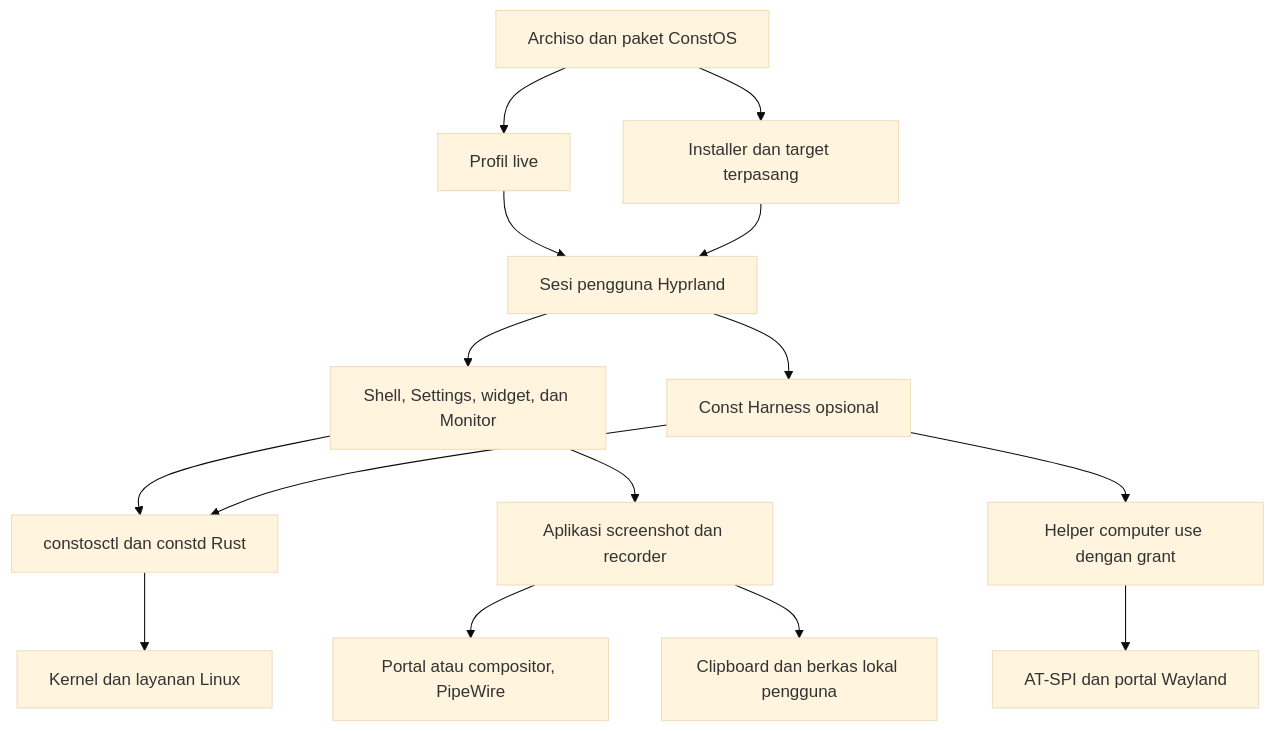
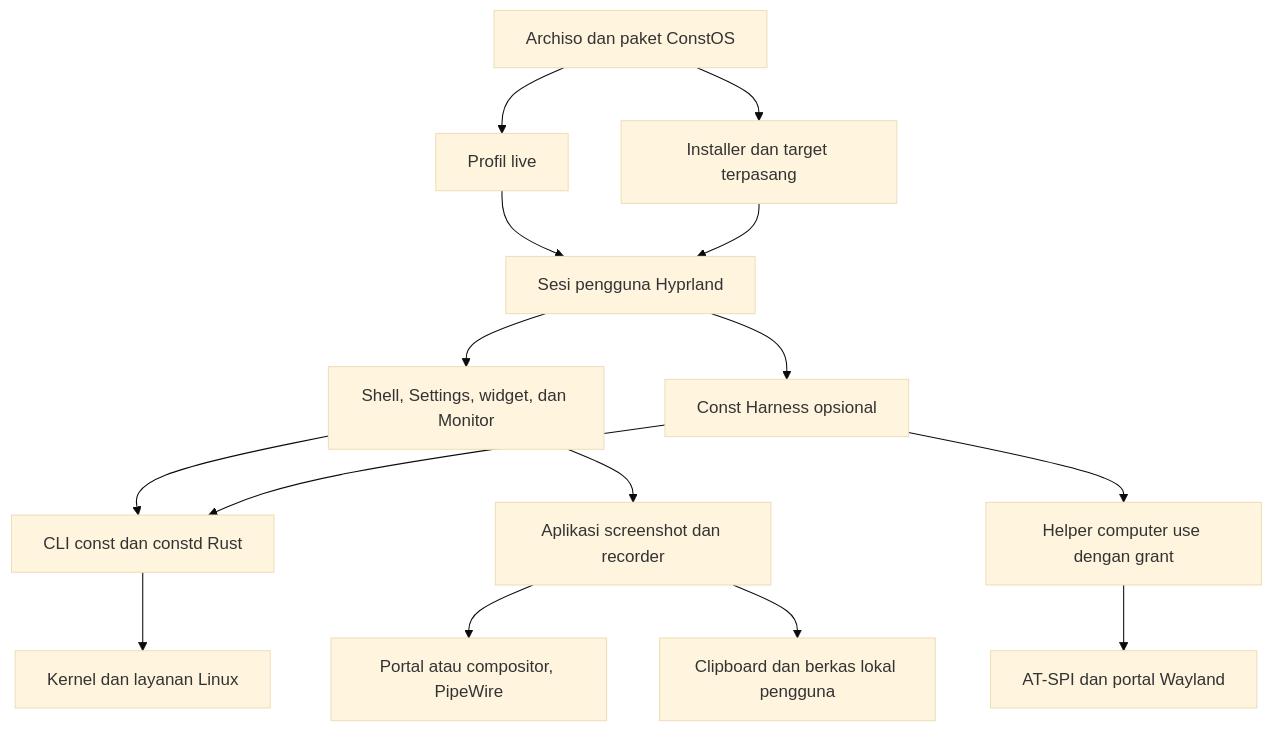
Before and after one commit to alifconstantine/const-os: the diagram in docs/architecture.md, drawn with Mermaid (base theme). The commit also changed other lines of this file and 15 other files, not shown here.

````diff
--- a/docs/architecture.md
+++ b/docs/architecture.md
@@ -23,17 +23,17 @@
 ```mermaid
 flowchart TD
     BUILD["Archiso dan paket ConstOS"] --> LIVE["Profil live"]
     BUILD --> INSTALL["Installer dan target terpasang"]
     LIVE --> SESSION["Sesi pengguna Hyprland"]
     INSTALL --> SESSION
     SESSION --> SHELL["Shell, Settings, widget, dan Monitor"]
-    SHELL --> CORE["constosctl dan constd Rust"]
+    SHELL --> CORE["CLI const dan constd Rust"]
     CORE --> SYSTEM["Kernel dan layanan Linux"]
     SHELL --> CAPTURE["Aplikasi screenshot dan recorder"]
     CAPTURE --> SOURCES["Portal atau compositor, PipeWire"]
     CAPTURE --> FILES["Clipboard dan berkas lokal pengguna"]
     SESSION --> HARNESS["Const Harness opsional"]
     HARNESS --> CORE
     HARNESS --> HELPER["Helper computer use dengan grant"]
     HELPER --> OBSERVE["AT-SPI dan portal Wayland"]
 ```
````
